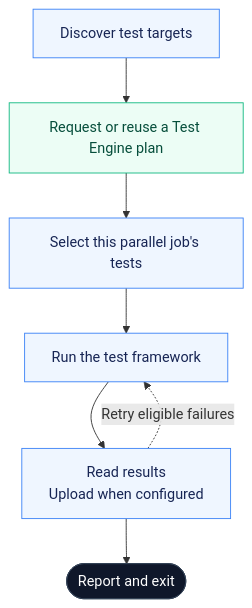
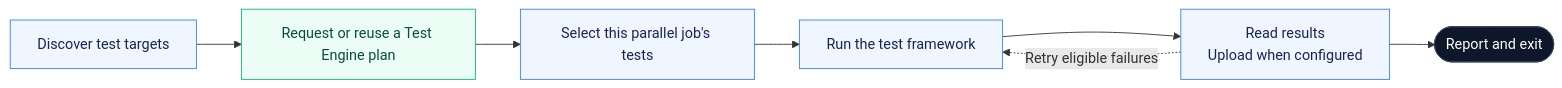
One commit to buildkite/test-engine-client changed the first of 2 diagrams in README.md. Above: the diagram before and after it, drawn with Mermaid.

Commit message:
Make README overview flowchart horizontal
Amp-Thread-ID: https://ampcode.com/threads/T-01a0ad17-8fb9-7599-ad64-a482bc340c76

````diff
--- a/README.md
+++ b/README.md
@@ -15,16 +15,16 @@
 ```mermaid
-flowchart TD
+flowchart LR
     discover["Discover test targets"] --> plan["Request or reuse a Test Engine plan"]
     plan --> slice["Select this parallel job's tests"]
     slice --> run["Run the test framework"]
     run --> results["Read results<br/>Upload when configured"]
     results --> done(["Report and exit"])
     results -.->|"Retry eligible failures"| run
 
     classDef boundary fill:#0f172a,color:#fff,stroke:#334155
     classDef local fill:#eff6ff,color:#172554,stroke:#3b82f6
     classDef remote fill:#ecfdf5,color:#064e3b,stroke:#10b981
     class done boundary
     class discover,slice,run,results local
     class plan remote
 ```
````
